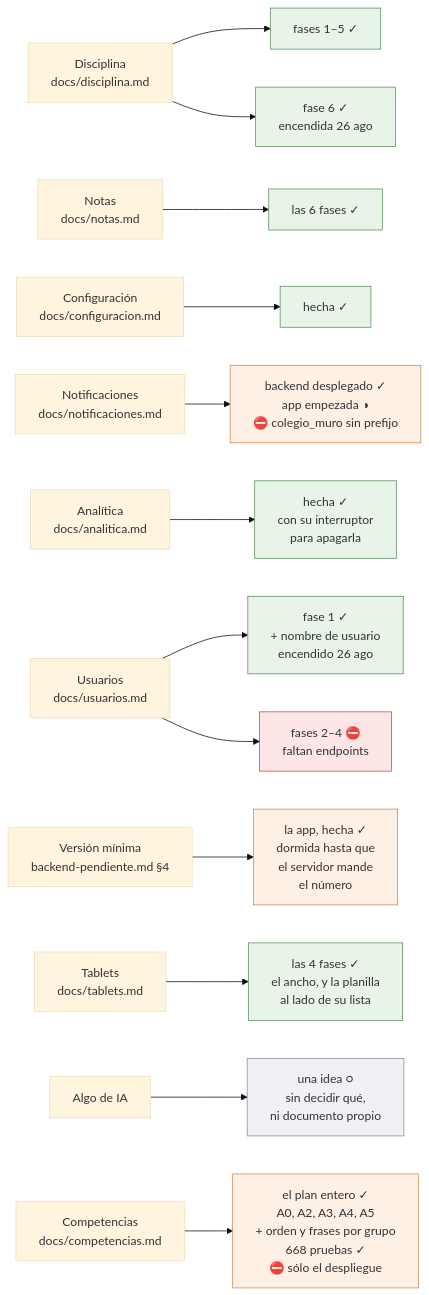
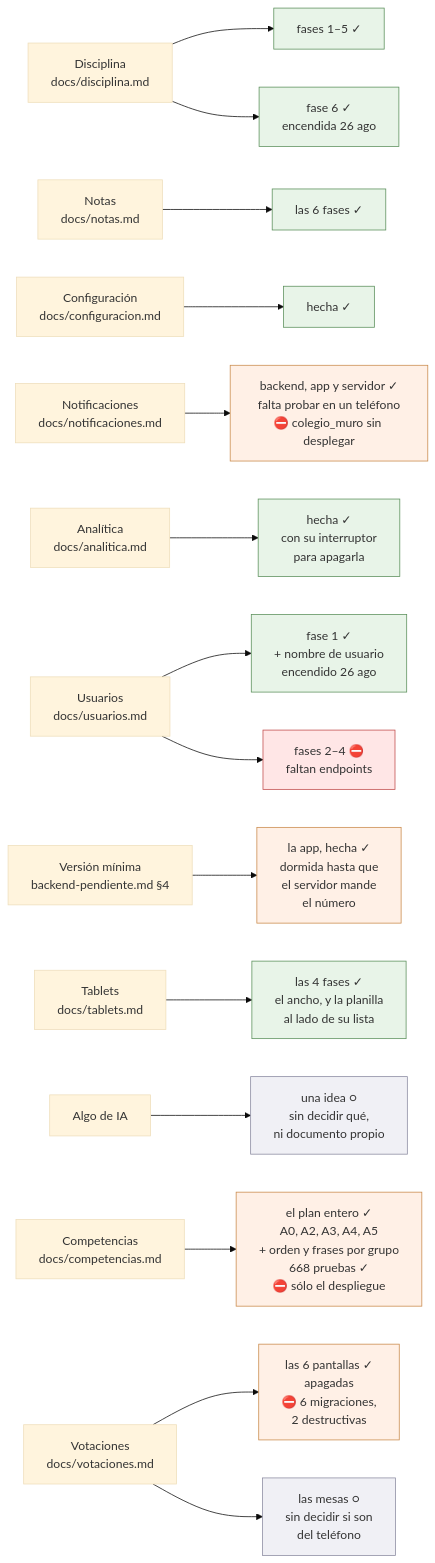
Before and after one commit to bluesky777/myvc_flutter: the diagram in docs/estado.md, drawn with Mermaid (base theme). The commit also changed other lines of this file and 2 other files, not shown here.

First line of the commit message:
docs(avisos): lo que se midió en el servidor, que estaba escrito como desconocido

````diff
--- a/docs/estado.md
+++ b/docs/estado.md
@@ -71,28 +71,32 @@
 ```mermaid
 flowchart LR
     D["Disciplina<br/>docs/disciplina.md"] --> D5["fases 1–5 ✓"]
     D --> D6["fase 6 ✓<br/>encendida 26 ago"]
     N["Notas<br/>docs/notas.md"] --> N4["las 6 fases ✓"]
     C["Configuración<br/>docs/configuracion.md"] --> C0["hecha ✓"]
-    P["Notificaciones<br/>docs/notificaciones.md"] --> P0["backend desplegado ✓<br/>app empezada ◑<br/>⛔ colegio_muro sin prefijo"]
+    P["Notificaciones<br/>docs/notificaciones.md"] --> P0["backend, app y servidor ✓<br/>falta probar en un teléfono<br/>⛔ colegio_muro sin desplegar"]
     A["Analítica<br/>docs/analitica.md"] --> A0["hecha ✓<br/>con su interruptor<br/>para apagarla"]
     U["Usuarios<br/>docs/usuarios.md"] --> U1["fase 1 ✓<br/>+ nombre de usuario<br/>encendido 26 ago"]
     U --> U2["fases 2–4 ⛔<br/>faltan endpoints"]
     V["Versión mínima<br/>backend-pendiente.md §4"] --> V1["la app, hecha ✓<br/>dormida hasta que<br/>el servidor mande<br/>el número"]
     T["Tablets<br/>docs/tablets.md"] --> T0["las 4 fases ✓<br/>el ancho, y la planilla<br/>al lado de su lista"]
     I["Algo de IA"] --> I0["una idea ○<br/>sin decidir qué,<br/>ni documento propio"]
     K["Competencias<br/>docs/competencias.md"] --> K0["el plan entero ✓<br/>A0, A2, A3, A4, A5<br/>+ orden y frases por grupo<br/>668 pruebas ✓<br/>⛔ sólo el despliegue"]
+    W["Votaciones<br/>docs/votaciones.md"] --> W0["las 6 pantallas ✓<br/>apagadas<br/>⛔ 6 migraciones,<br/>2 destructivas"]
+    W --> W1["las mesas ○<br/>sin decidir si son<br/>del teléfono"]
 
     style D5 fill:#e8f4e8,stroke:#5a8f5a
     style N4 fill:#e8f4e8,stroke:#5a8f5a
     style D6 fill:#e8f4e8,stroke:#5a8f5a
     style P0 fill:#fff0e6,stroke:#c98a4b
     style C0 fill:#e8f4e8,stroke:#5a8f5a
     style A0 fill:#e8f4e8,stroke:#5a8f5a
     style U1 fill:#e8f4e8,stroke:#5a8f5a
     style U2 fill:#ffe6e6,stroke:#c04b4b
     style V1 fill:#fff0e6,stroke:#c98a4b
     style T0 fill:#e8f4e8,stroke:#5a8f5a
     style I0 fill:#f0f0f5,stroke:#8a8aa0
     style K0 fill:#fff0e6,stroke:#c98a4b
+    style W0 fill:#fff0e6,stroke:#c98a4b
+    style W1 fill:#f0f0f5,stroke:#8a8aa0
 ```
````
